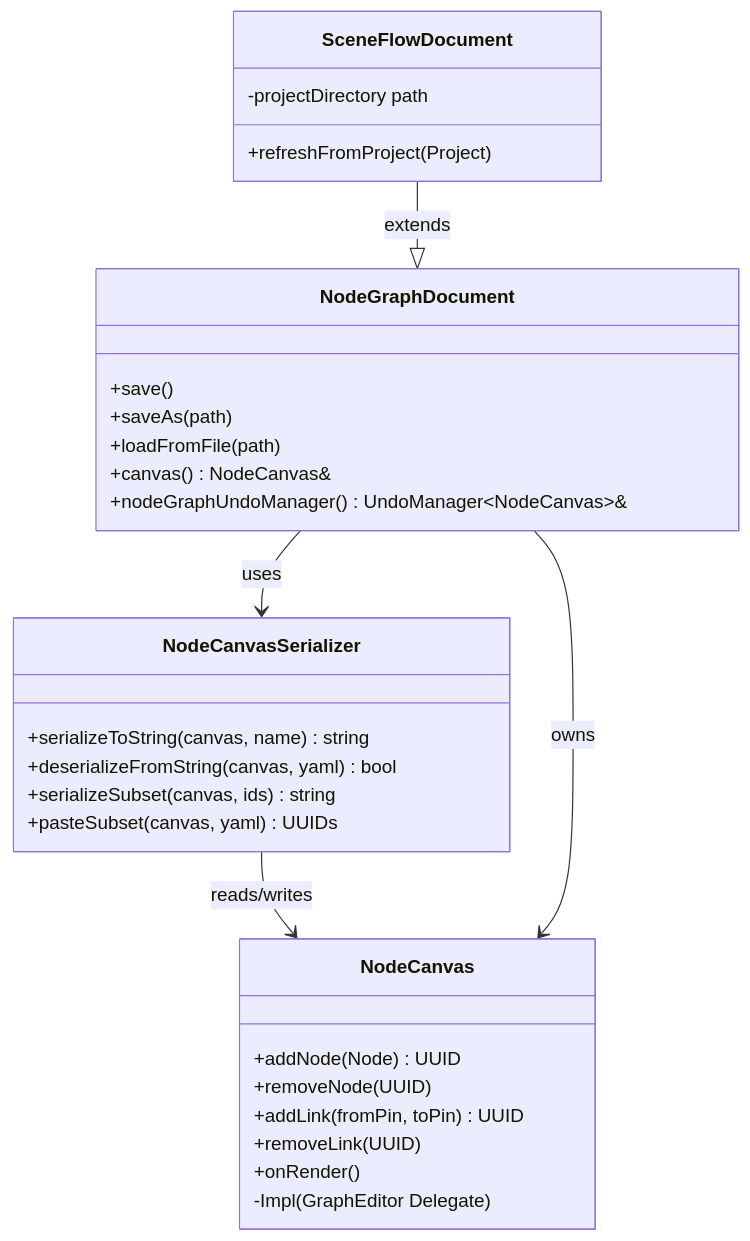
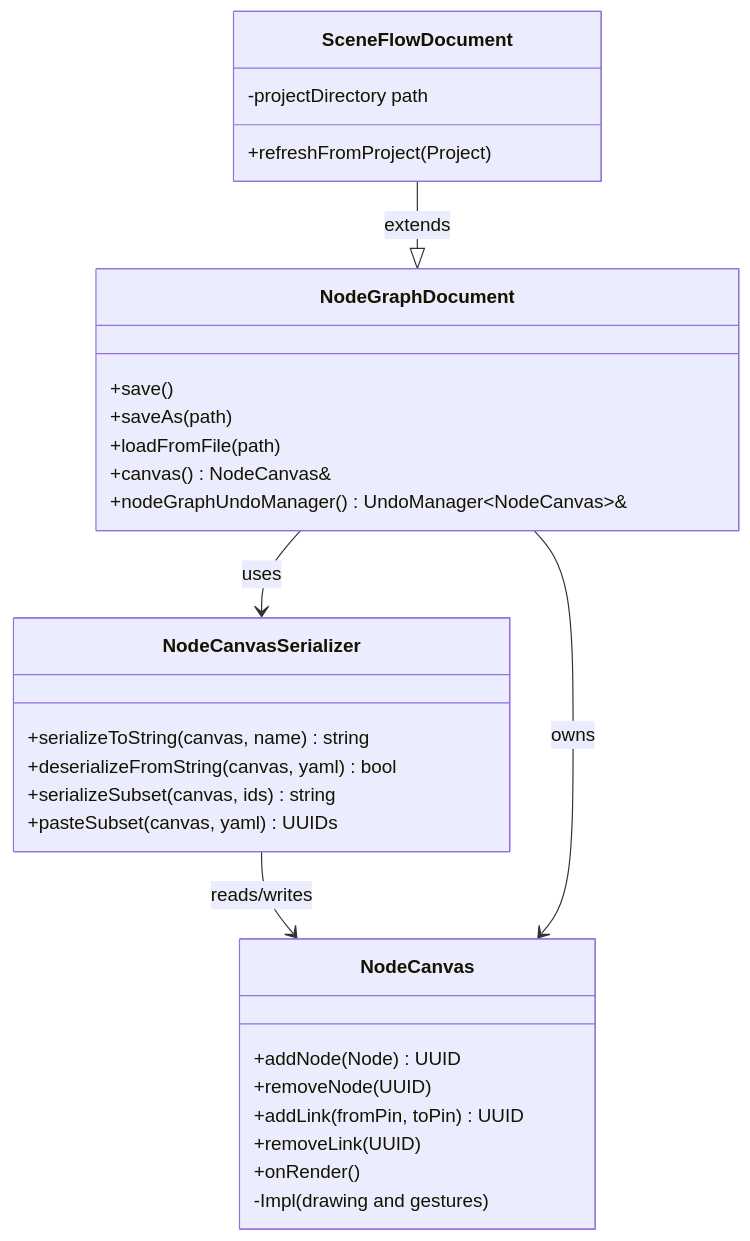
The first of 2 diagrams in doc/pages/node_graph.md (Silmaen/Owl), drawn with Mermaid before and after one commit. The commit also changed other lines of this file and 79 other files, not shown here.

````diff
--- a/doc/pages/node_graph.md
+++ b/doc/pages/node_graph.md
@@ -23,32 +23,32 @@
 ```mermaid
 classDiagram
     class NodeCanvas {
         +addNode(Node) UUID
         +removeNode(UUID)
         +addLink(fromPin, toPin) UUID
         +removeLink(UUID)
         +onRender()
-        -Impl (GraphEditor Delegate)
+        -Impl (drawing and gestures)
     }
     class NodeCanvasSerializer {
         +serializeToString(canvas, name) string
         +deserializeFromString(canvas, yaml) bool
         +serializeSubset(canvas, ids) string
         +pasteSubset(canvas, yaml) UUIDs
     }
     class NodeGraphDocument {
         +save()
         +saveAs(path)
         +loadFromFile(path)
         +canvas() NodeCanvas&
         +nodeGraphUndoManager() UndoManager~NodeCanvas~&
     }
     class SceneFlowDocument {
         +refreshFromProject(Project)
         -projectDirectory path
     }
     NodeCanvasSerializer --> NodeCanvas : reads/writes
     NodeGraphDocument --> NodeCanvas : owns
     NodeGraphDocument --> NodeCanvasSerializer : uses
     SceneFlowDocument --|> NodeGraphDocument : extends
 ```
````
